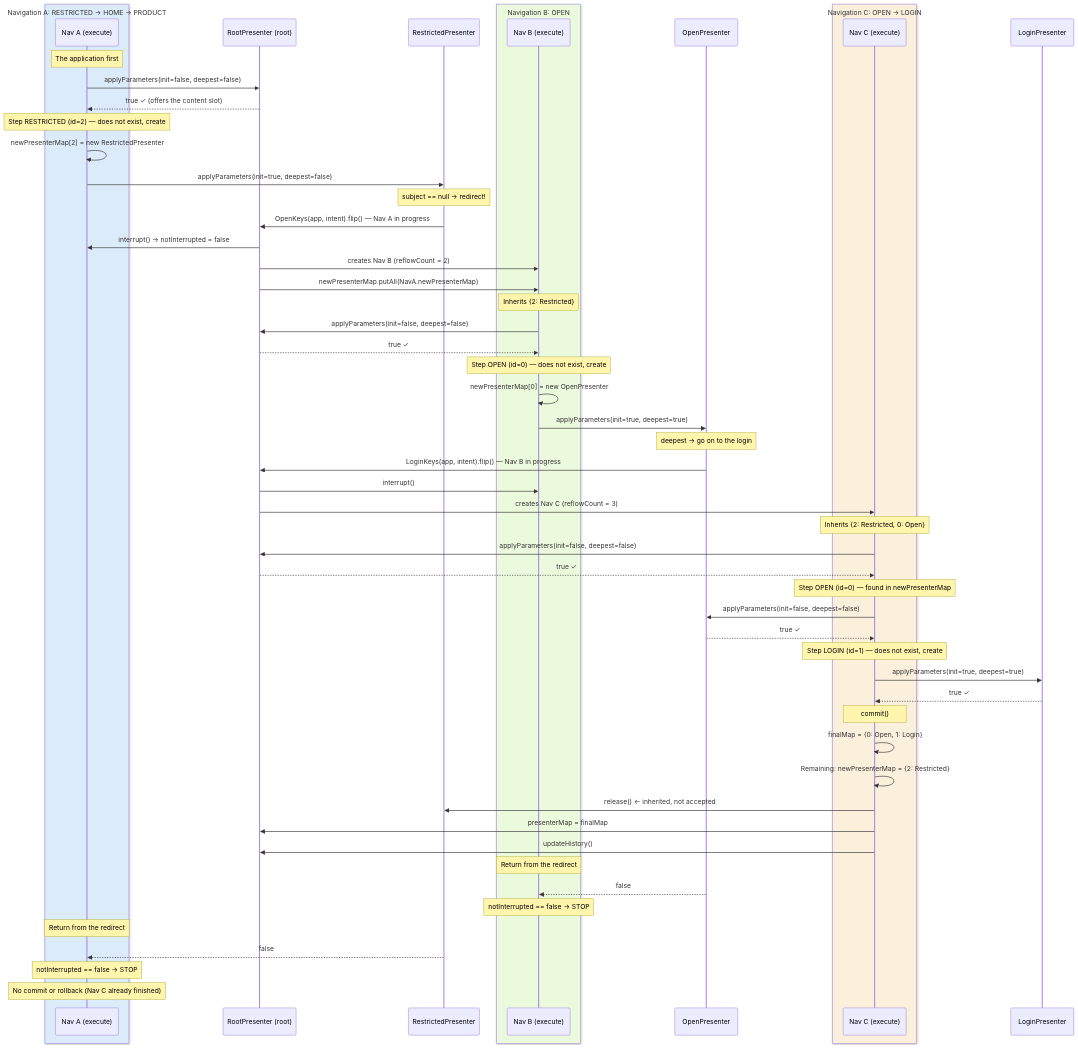
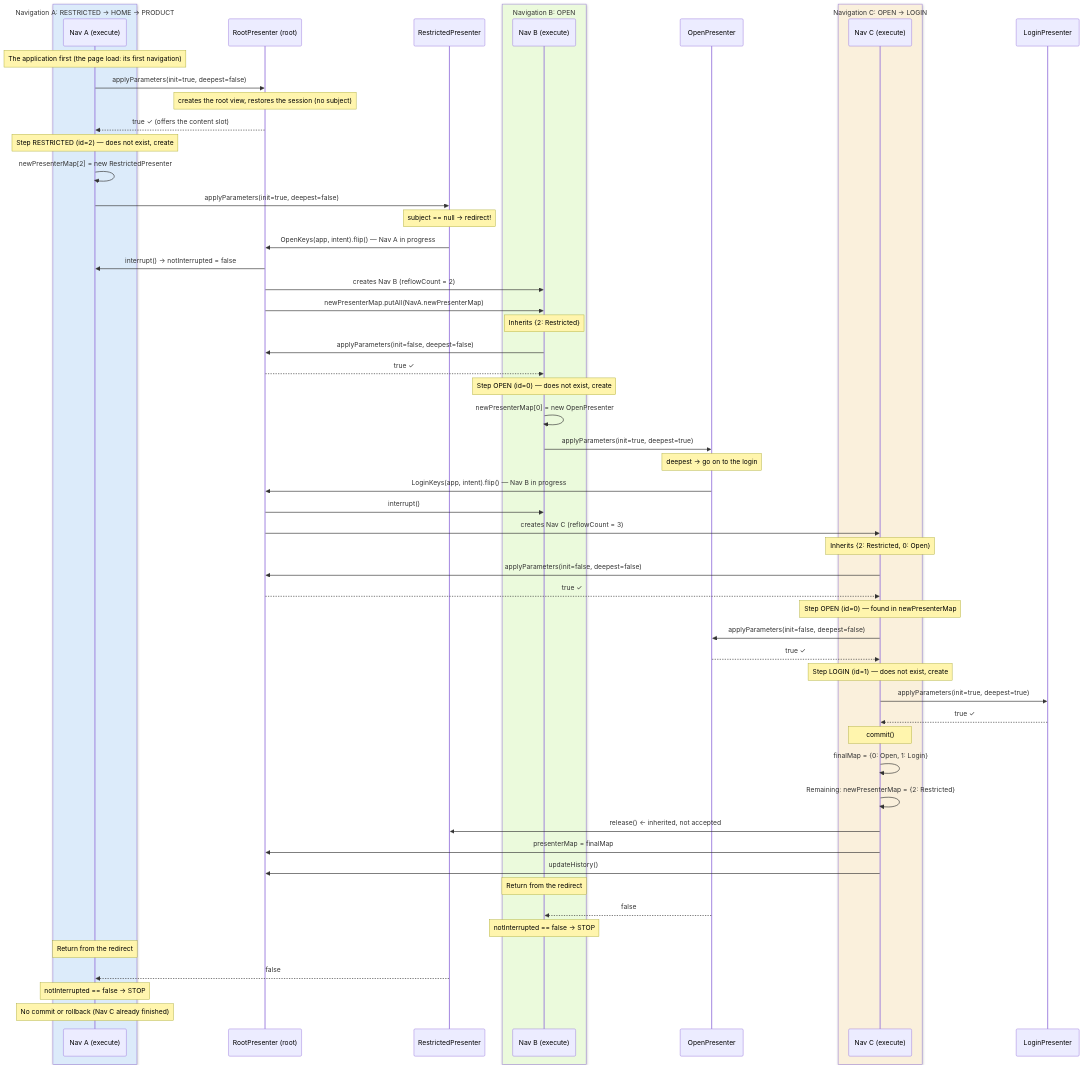
One commit to mrcdom/wdc-cube-kotlin changed the fifth of 19 diagrams in docs/architecture-cube.md. Above: the diagram before and after it, drawn with Mermaid. The commit also changed other lines of this file and 35 other files, not shown here.

````diff
--- a/docs/architecture-cube.md
+++ b/docs/architecture-cube.md
@@ -497,68 +504,69 @@
 ```mermaid
 sequenceDiagram
     box rgb(220,235,250) Navigation A: RESTRICTED → HOME → PRODUCT
         participant NavA as Nav A (execute)
     end
     participant App as RootPresenter (root)
     participant Rs as RestrictedPresenter
     box rgb(235,250,220) Navigation B: OPEN
         participant NavB as Nav B (execute)
     end
     participant Op as OpenPresenter
     box rgb(250,240,220) Navigation C: OPEN → LOGIN
         participant NavC as Nav C (execute)
     end
     participant Login as LoginPresenter
 
-    Note over NavA: The application first
-    NavA->>App: applyParameters(init=false, deepest=false)
+    Note over NavA: The application first (the page load: its first navigation)
+    NavA->>App: applyParameters(init=true, deepest=false)
+    Note over App: creates the root view, restores the session (no subject)
     App-->>NavA: true ✓ (offers the content slot)
 
     Note over NavA: Step RESTRICTED (id=2) — does not exist, create
     NavA->>NavA: newPresenterMap[2] = new RestrictedPresenter
     NavA->>Rs: applyParameters(init=true, deepest=false)
 
     Note over Rs: subject == null → redirect!
     Rs->>App: OpenKeys(app, intent).flip() — Nav A in progress
     App->>NavA: interrupt() → notInterrupted = false
     App->>NavB: creates Nav B (reflowCount = 2)
     App->>NavB: newPresenterMap.putAll(NavA.newPresenterMap)
     Note over NavB: Inherits {2: Restricted}
 
     NavB->>App: applyParameters(init=false, deepest=false)
     App-->>NavB: true ✓
 
     Note over NavB: Step OPEN (id=0) — does not exist, create
     NavB->>NavB: newPresenterMap[0] = new OpenPresenter
     NavB->>Op: applyParameters(init=true, deepest=true)
 
     Note over Op: deepest → go on to the login
     Op->>App: LoginKeys(app, intent).flip() — Nav B in progress
     App->>NavB: interrupt()
     App->>NavC: creates Nav C (reflowCount = 3)
     Note over NavC: Inherits {2: Restricted, 0: Open}
 
     NavC->>App: applyParameters(init=false, deepest=false)
     App-->>NavC: true ✓
     Note over NavC: Step OPEN (id=0) — found in newPresenterMap
     NavC->>Op: applyParameters(init=false, deepest=false)
     Op-->>NavC: true ✓
     Note over NavC: Step LOGIN (id=1) — does not exist, create
     NavC->>Login: applyParameters(init=true, deepest=true)
     Login-->>NavC: true ✓
 
     Note over NavC: commit()
     NavC->>NavC: finalMap = {0: Open, 1: Login}
     NavC->>NavC: Remaining: newPresenterMap = {2: Restricted}
     NavC->>Rs: release() ← inherited, not accepted
     NavC->>App: presenterMap = finalMap
     NavC->>App: updateHistory()
 
     Note over NavB: Return from the redirect
     Op-->>NavB: false
     Note over NavB: notInterrupted == false → STOP
     Note over NavA: Return from the redirect
     Rs-->>NavA: false
     Note over NavA: notInterrupted == false → STOP
     Note over NavA: No commit or rollback (Nav C already finished)
 ```
````
